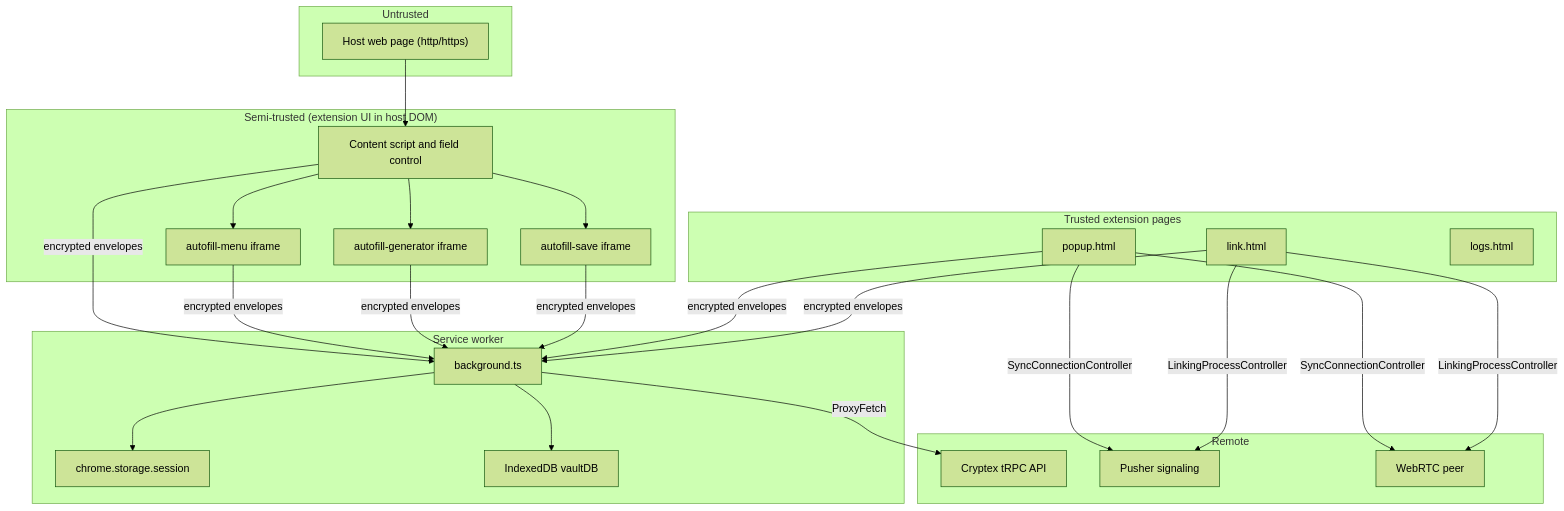
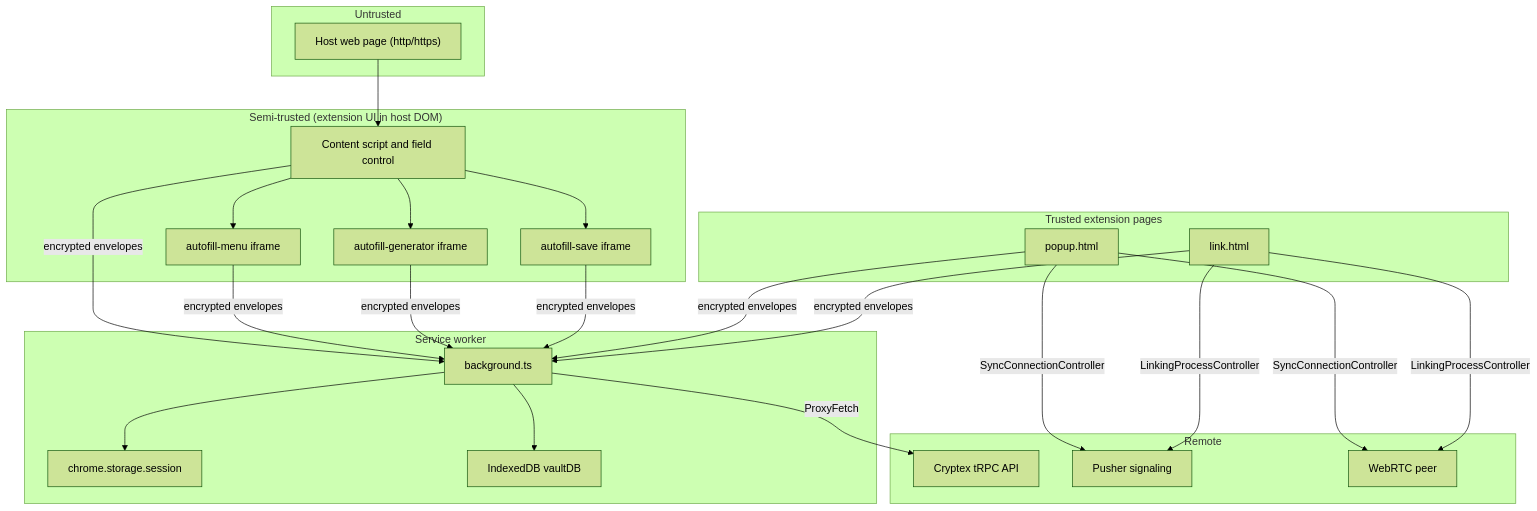
One commit to CryptexIndustries/vault-web changed the diagram in extension/docs/architecture/overview.md. Above: the diagram before and after it, drawn with Mermaid (forest theme). The commit also changed other lines of this file and 14 other files, not shown here.

Commit message:
refactor(ext): remove logs.html and related logging functionality, transitioning to a full-page vault dashboard along with some UI/UX touchups

````diff
--- a/extension/docs/architecture/overview.md
+++ b/extension/docs/architecture/overview.md
@@ -9,39 +9,38 @@
 ```mermaid
 flowchart TB
     subgraph untrusted["Untrusted"]
         HostPage["Host web page (http/https)"]
     end
 
     subgraph semi["Semi-trusted (extension UI in host DOM)"]
         CS["Content script and field control"]
         Menu["autofill-menu iframe"]
         Gen["autofill-generator iframe"]
         Save["autofill-save iframe"]
     end
 
     subgraph trusted["Trusted extension pages"]
         Popup["popup.html"]
         Link["link.html"]
-        Logs["logs.html"]
     end
 
     subgraph sw["Service worker"]
         BG["background.ts"]
         Store["chrome.storage.session"]
         IDB["IndexedDB vaultDB"]
     end
 
     subgraph remote["Remote"]
         API["Cryptex tRPC API"]
         Pusher["Pusher signaling"]
         Peer["WebRTC peer"]
     end
 
     HostPage --> CS
     CS --> Menu & Gen & Save
     CS & Menu & Gen & Save & Popup & Link -->|encrypted envelopes| BG
     Popup -->|SyncConnectionController| Pusher & Peer
     Link -->|LinkingProcessController| Pusher & Peer
     BG --> Store & IDB
     BG -->|ProxyFetch| API
 ```
````
